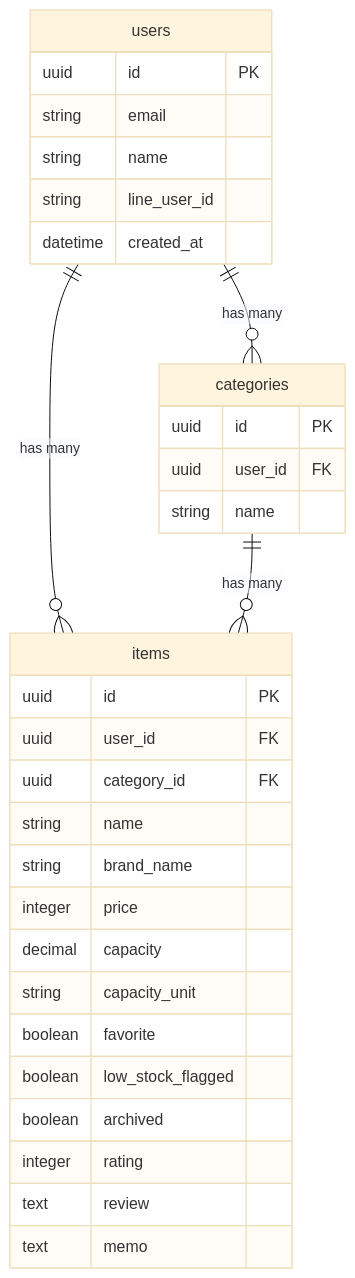
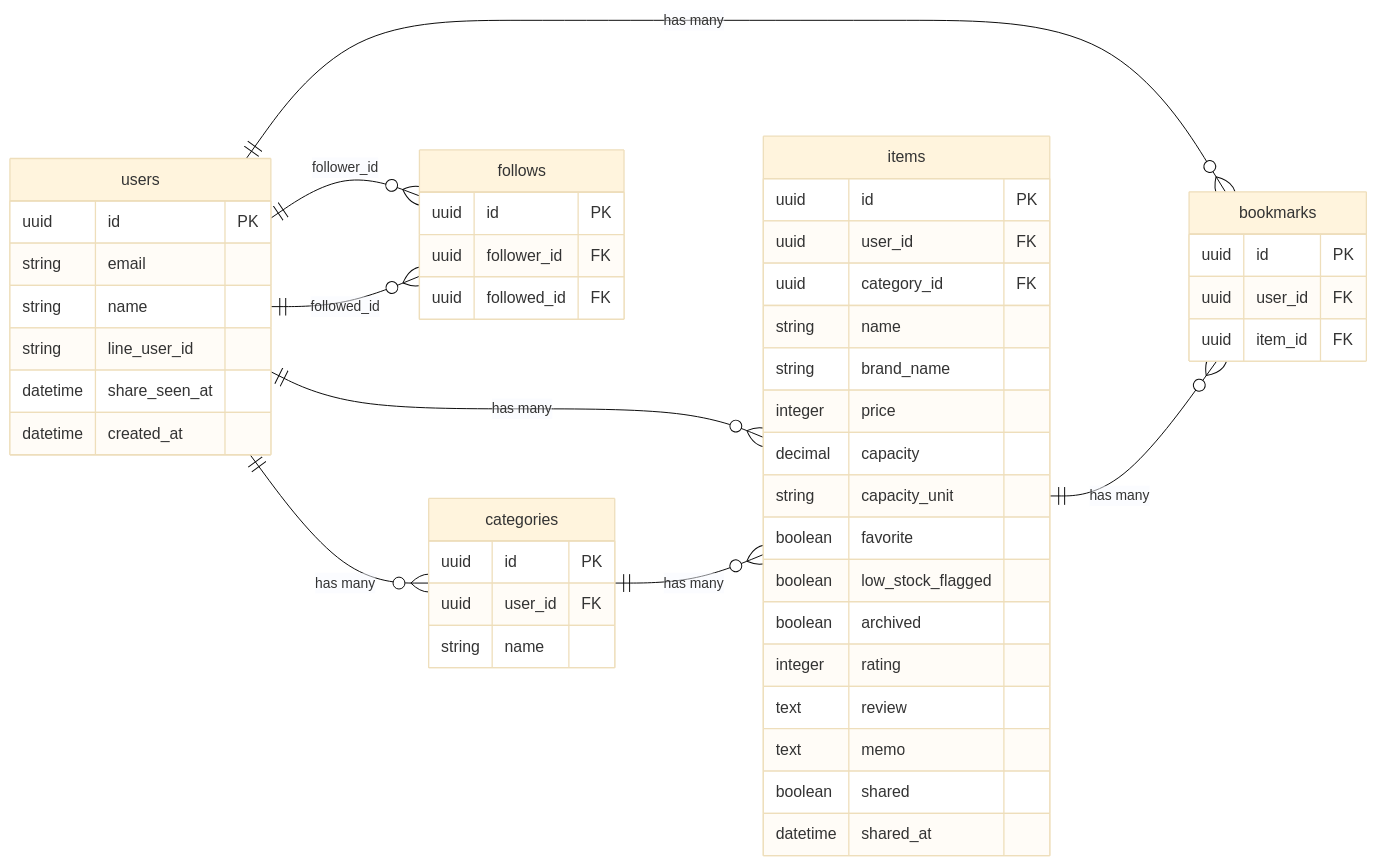
One commit to maichi917/erabu-note changed the diagram in README.md. Above: the diagram before and after it, drawn with Mermaid (base theme). The commit also changed other lines of this file and 1 other file, not shown here.

````diff
--- a/README.md
+++ b/README.md
@@ -189,37 +122,57 @@
 ```mermaid
 erDiagram
+    direction LR
     users ||--o{ categories : "has many"
     users ||--o{ items : "has many"
     categories ||--o{ items : "has many"
+    users ||--o{ follows : "follower_id"
+    users ||--o{ follows : "followed_id"
+    users ||--o{ bookmarks : "has many"
+    items ||--o{ bookmarks : "has many"
 
     users {
         uuid id PK
         string email
         string name
         string line_user_id
+        datetime share_seen_at
         datetime created_at
     }
 
     categories {
         uuid id PK
         uuid user_id FK
         string name
     }
 
     items {
         uuid id PK
         uuid user_id FK
         uuid category_id FK
         string name
         string brand_name
         integer price
         decimal capacity
         string capacity_unit
         boolean favorite
         boolean low_stock_flagged
         boolean archived
         integer rating
         text review
         text memo
+        boolean shared
+        datetime shared_at
+    }
+
+    follows {
+        uuid id PK
+        uuid follower_id FK
+        uuid followed_id FK
+    }
+
+    bookmarks {
+        uuid id PK
+        uuid user_id FK
+        uuid item_id FK
     }
 ```
````
